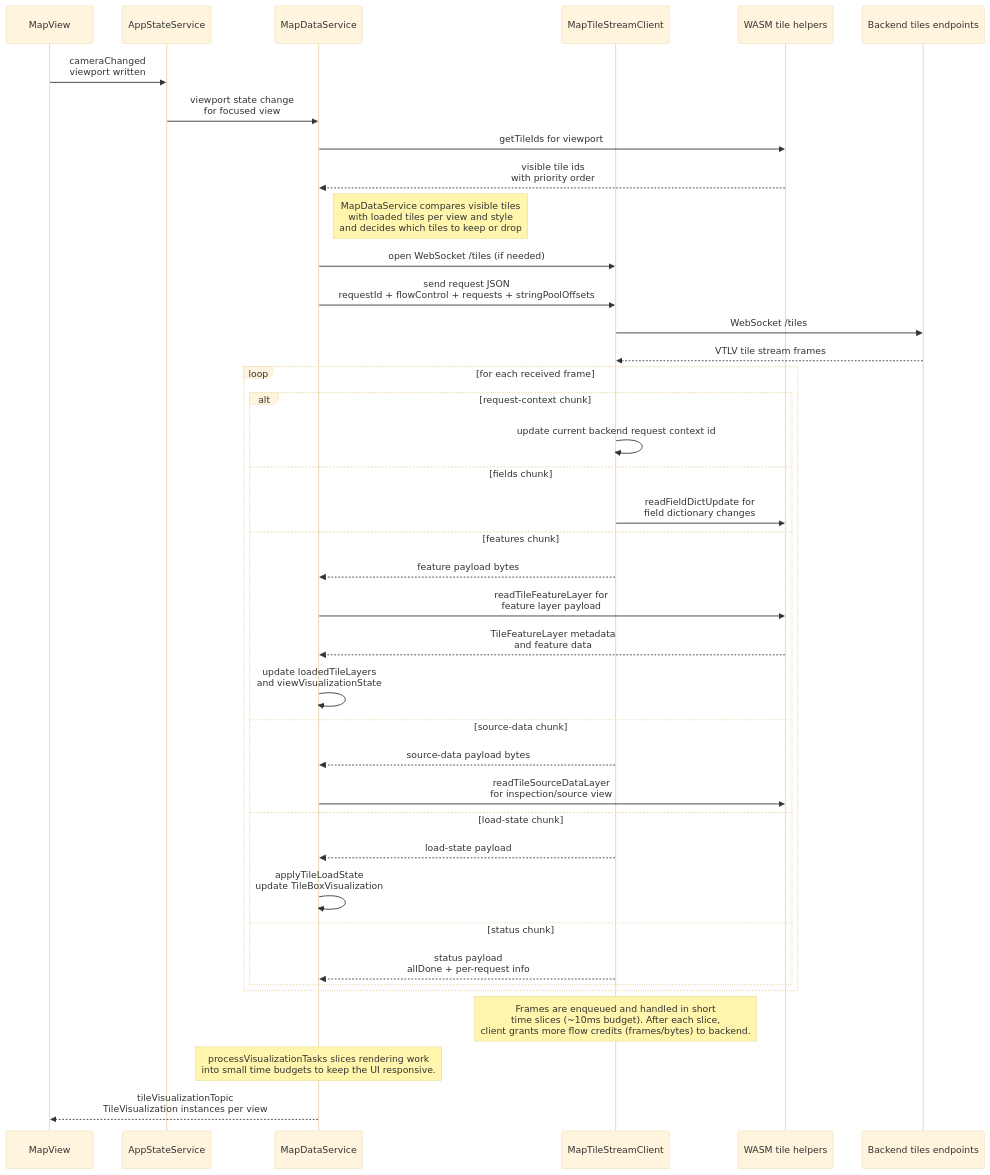
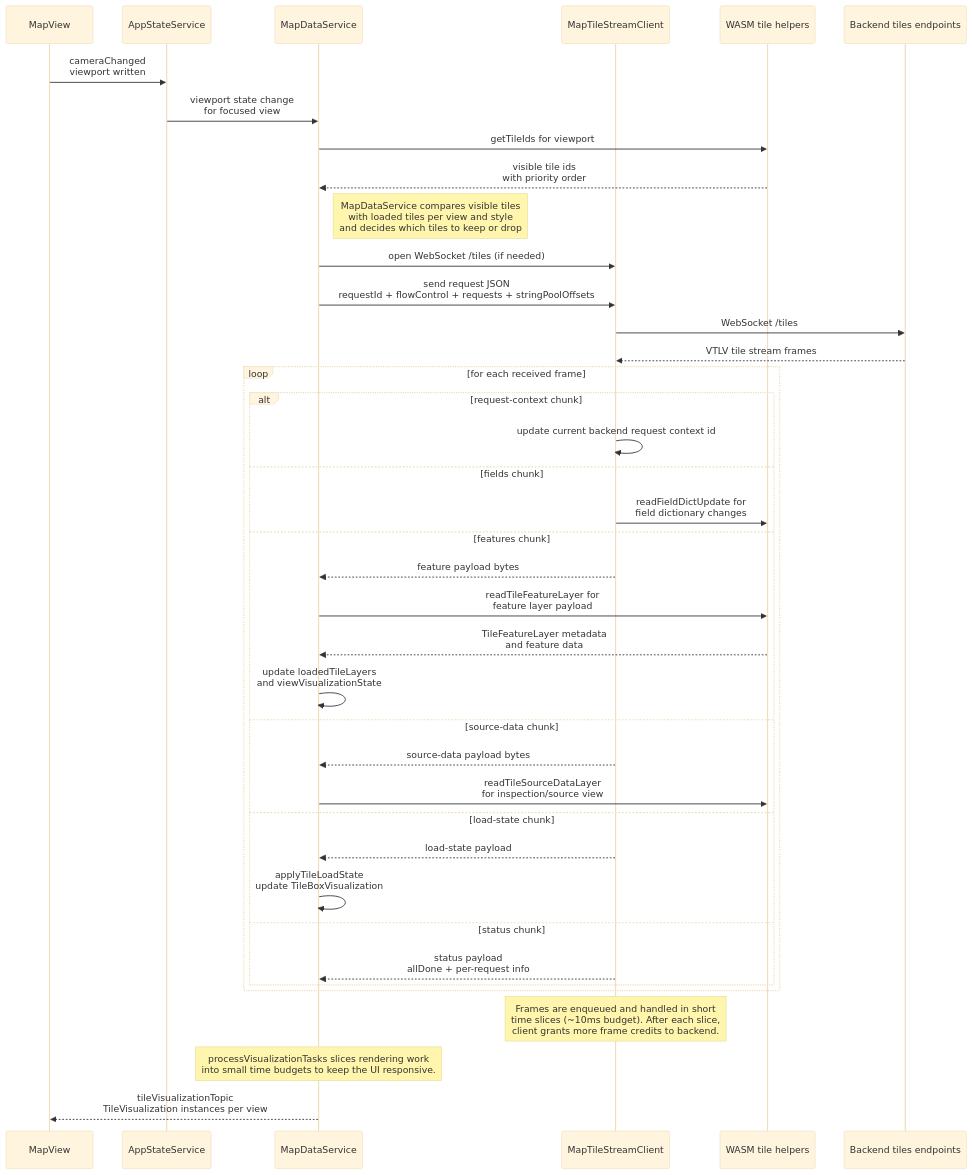
One commit to ndsev/erdblick changed the seventh of 10 diagrams in docs/erdblick-dev-guide.md. Above: the diagram before and after it, drawn with Mermaid (base theme). The commit also changed other lines of this file and 1 other file, not shown here.

Commit message:
tiles: switch flow grant payload to frame credits only

````diff
--- a/docs/erdblick-dev-guide.md
+++ b/docs/erdblick-dev-guide.md
@@ -296,47 +296,47 @@
 ```mermaid
 sequenceDiagram
   participant View as MapView
   participant State as AppStateService
   participant MapSvc as MapDataService
   participant TilesWS as MapTileStreamClient
   participant Core as WASM tile helpers
   participant Backend as Backend tiles endpoints
 
   View->>State: cameraChanged<br>viewport written
   State->>MapSvc: viewport state change<br>for focused view
   MapSvc->>Core: getTileIds for viewport
   Core-->>MapSvc: visible tile ids<br>with priority order
 
   Note right of MapSvc: MapDataService compares visible tiles<br>with loaded tiles per view and style<br>and decides which tiles to keep or drop
 
   MapSvc->>TilesWS: open WebSocket /tiles (if needed)
   MapSvc->>TilesWS: send request JSON<br>requestId + flowControl + requests + stringPoolOffsets
   TilesWS->>Backend: WebSocket /tiles
   Backend-->>TilesWS: VTLV tile stream frames
 
   loop for each received frame
     alt request-context chunk
       TilesWS->>TilesWS: update current backend request context id
     else fields chunk
       TilesWS->>Core: readFieldDictUpdate for<br>field dictionary changes
     else features chunk
       TilesWS-->>MapSvc: feature payload bytes
       MapSvc->>Core: readTileFeatureLayer for<br>feature layer payload
       Core-->>MapSvc: TileFeatureLayer metadata<br>and feature data
       MapSvc->>MapSvc: update loadedTileLayers<br>and viewVisualizationState
     else source-data chunk
       TilesWS-->>MapSvc: source-data payload bytes
       MapSvc->>Core: readTileSourceDataLayer<br>for inspection/source view
     else load-state chunk
       TilesWS-->>MapSvc: load-state payload
       MapSvc->>MapSvc: applyTileLoadState<br>update TileBoxVisualization
     else status chunk
       TilesWS-->>MapSvc: status payload<br>allDone + per-request info
     end
   end
 
-  Note over TilesWS: Frames are enqueued and handled in short<br>time slices (~10ms budget). After each slice,<br>client grants more flow credits (frames/bytes) to backend.
+  Note over TilesWS: Frames are enqueued and handled in short<br>time slices (~10ms budget). After each slice,<br>client grants more frame credits to backend.
   Note over MapSvc: processVisualizationTasks slices rendering work<br>into small time budgets to keep the UI responsive.
 
   MapSvc-->>View: tileVisualizationTopic<br>TileVisualization instances per view
 ```
````
